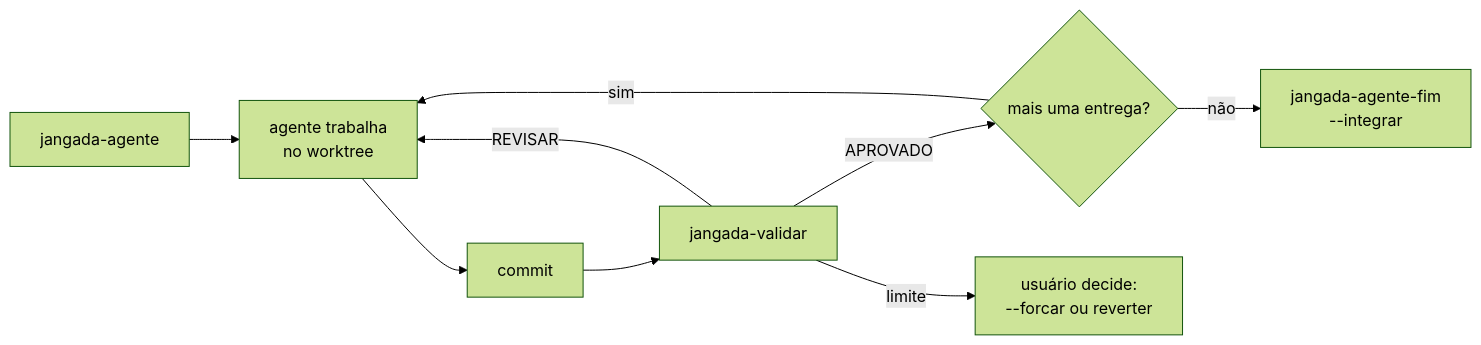
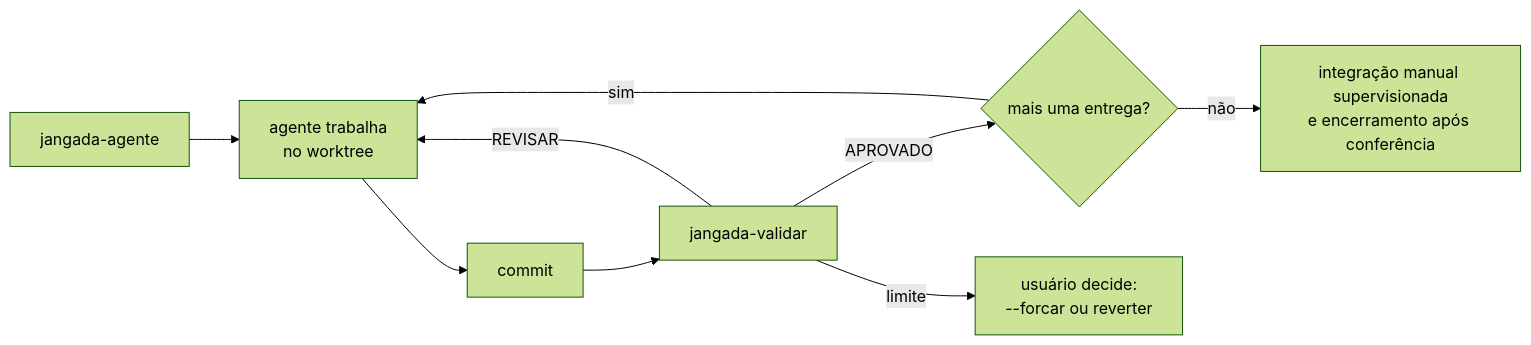
One commit to felipintoslv/jangada changed the first of 3 diagrams in docs/ciclo-da-tarefa.md. Above: the diagram before and after it, drawn with Mermaid (forest theme). The commit also changed other lines of this file and 11 other files, not shown here.

````diff
--- a/docs/ciclo-da-tarefa.md
+++ b/docs/ciclo-da-tarefa.md
@@ -12,11 +14,11 @@
 ```mermaid
 flowchart LR
     A[jangada-agente] --> B[agente trabalha<br>no worktree]
     B --> D[commit]
     D --> C[jangada-validar]
     C -- REVISAR --> B
     C -- APROVADO --> E{mais uma entrega?}
     E -- sim --> B
-    E -- não --> F[jangada-agente-fim<br>--integrar]
+    E -- não --> F[integração manual supervisionada<br>e encerramento após conferência]
     C -- limite --> G[usuário decide:<br>--forcar ou reverter]
 ```
````
